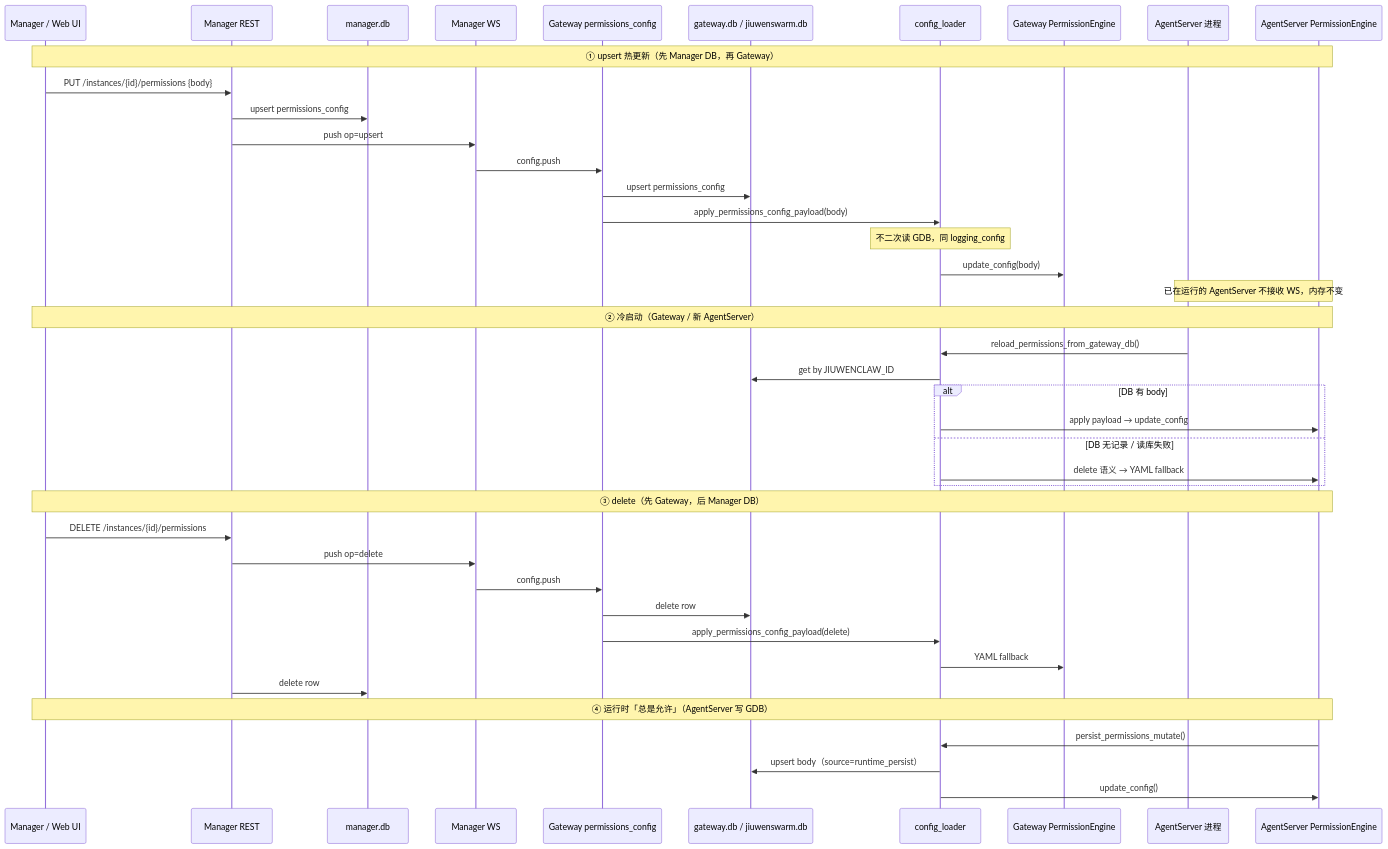
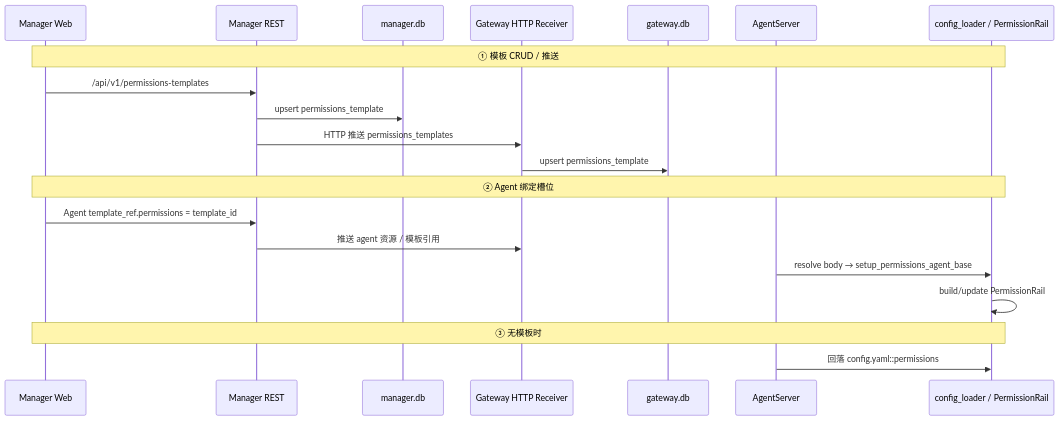
Before and after one commit to openJiuwen-ai/jiuwenclaw: the second of 5 diagrams in docs/zh/permissions_config_architecture.md, drawn with Mermaid. The commit also changed other lines of this file and 1 other file, not shown here.

````diff
--- a/docs/zh/permissions_config_architecture.md
+++ b/docs/zh/permissions_config_architecture.md
@@ -214,47 +157,25 @@
 ```mermaid
 sequenceDiagram
-    participant UI as Manager / Web UI
+    participant UI as Manager Web
     participant MREST as Manager REST
     participant MDB as manager.db
-    participant MWS as Manager WS
-    participant GWS as Gateway permissions_config
-    participant GDB as gateway.db / jiuwenswarm.db
-    participant CL as config_loader
-    participant GPE as Gateway PermissionEngine
-    participant AS as AgentServer 进程
-    participant APE as AgentServer PermissionEngine
+    participant GW as Gateway HTTP Receiver
+    participant GDB as gateway.db
+    participant AS as AgentServer
+    participant CL as config_loader / PermissionRail
 
-    Note over UI,APE: ① upsert 热更新（先 Manager DB，再 Gateway）
-    UI->>MREST: PUT /instances/{id}/permissions {body}
-    MREST->>MDB: upsert permissions_config
-    MREST->>MWS: push op=upsert
-    MWS->>GWS: config.push
-    GWS->>GDB: upsert permissions_config
-    GWS->>CL: apply_permissions_config_payload(body)
-    Note over CL: 不二次读 GDB，同 logging_config
-    CL->>GPE: update_config(body)
-    Note over AS,APE: 已在运行的 AgentServer 不接收 WS，内存不变
+    Note over UI,CL: ① 模板 CRUD / 推送
+    UI->>MREST: /api/v1/permissions-templates
+    MREST->>MDB: upsert permissions_template
+    MREST->>GW: HTTP 推送 permissions_templates
+    GW->>GDB: upsert permissions_template
 
-    Note over UI,APE: ② 冷启动（Gateway / 新 AgentServer）
-    AS->>CL: reload_permissions_from_gateway_db()
-    CL->>GDB: get by JIUWENCLAW_ID
-    alt DB 有 body
-        CL->>APE: apply payload → update_config
-    else DB 无记录 / 读库失败
-        CL->>APE: delete 语义 → YAML fallback
-    end
+    Note over UI,CL: ② Agent 绑定槽位
+    UI->>MREST: Agent template_ref.permissions = template_id
+    MREST->>GW: 推送 agent 资源 / 模板引用
+    AS->>CL: resolve body → setup_permissions_agent_base
+    CL->>CL: build/update PermissionRail
 
-    Note over UI,APE: ③ delete（先 Gateway，后 Manager DB）
-    UI->>MREST: DELETE /instances/{id}/permissions
-    MREST->>MWS: push op=delete
-    MWS->>GWS: config.push
-    GWS->>GDB: delete row
-    GWS->>CL: apply_permissions_config_payload(delete)
-    CL->>GPE: YAML fallback
-    MREST->>MDB: delete row
-
-    Note over UI,APE: ④ 运行时「总是允许」（AgentServer 写 GDB）
-    APE->>CL: persist_permissions_mutate()
-    CL->>GDB: upsert body（source=runtime_persist）
-    CL->>APE: update_config()
+    Note over UI,CL: ③ 无模板时
+    AS->>CL: 回落 config.yaml::permissions
 ```
````
